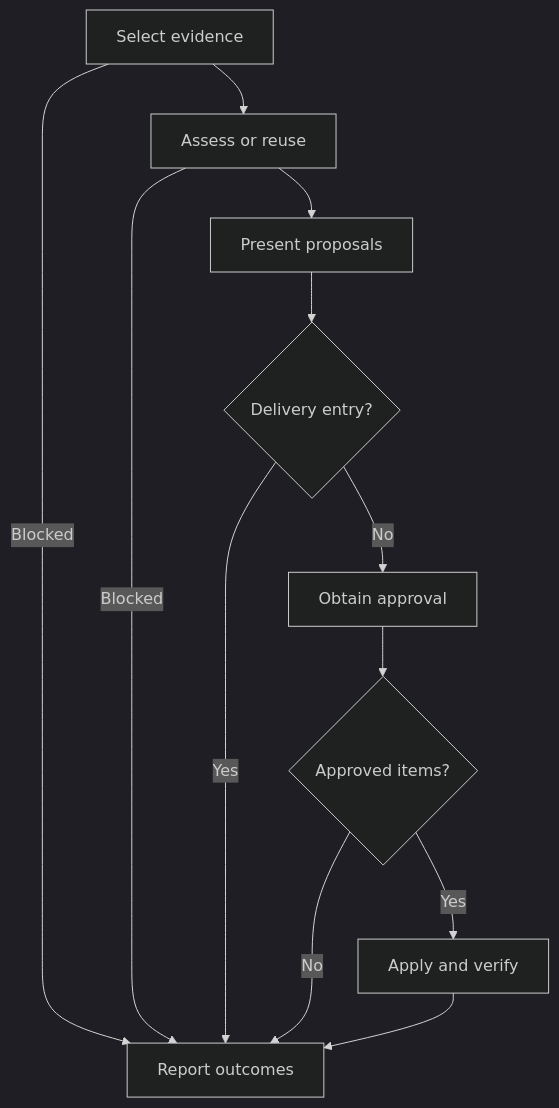
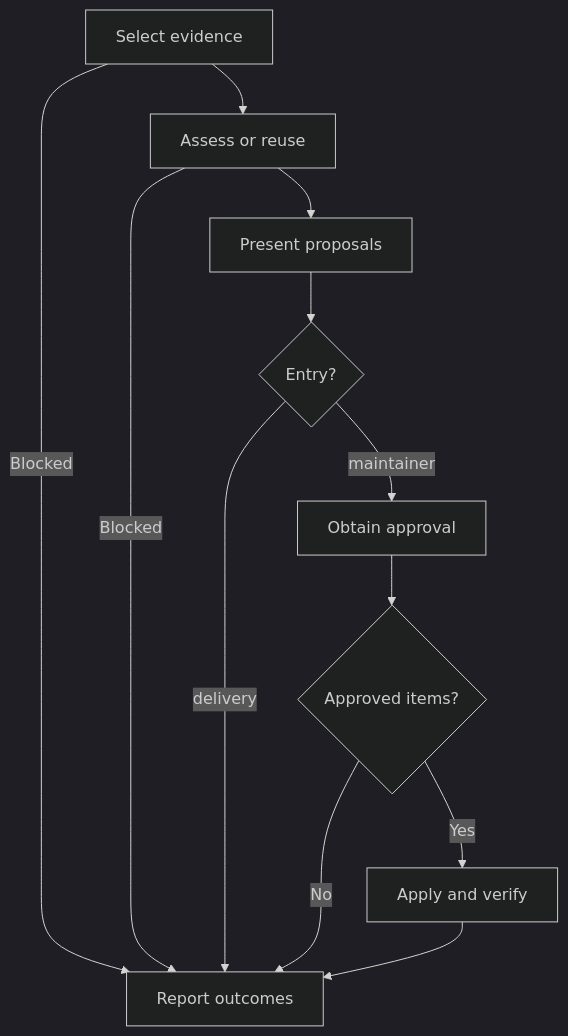
Before and after one commit to UseTheFork/spindle: the diagram in .github/skills/int-retrospective/SKILL.md, drawn with Mermaid (dark theme). The commit also changed other lines of this file and 7 other files, not shown here.

````diff
--- a/.github/skills/int-retrospective/SKILL.md
+++ b/.github/skills/int-retrospective/SKILL.md
@@ -32,14 +27,14 @@
 ```mermaid
 flowchart TD
     A[Select evidence] --> B[Assess or reuse]
     A -- Blocked --> H[Report outcomes]
     B -- Blocked --> H
     B --> C[Present proposals]
-    C --> D{Delivery entry?}
-    D -- Yes --> H
-    D -- No --> E[Obtain approval]
+    C --> D{Entry?}
+    D -- delivery --> H
+    D -- maintainer --> E[Obtain approval]
     E --> F{Approved items?}
     F -- No --> H
     F -- Yes --> G[Apply and verify]
     G --> H
 ```
````
